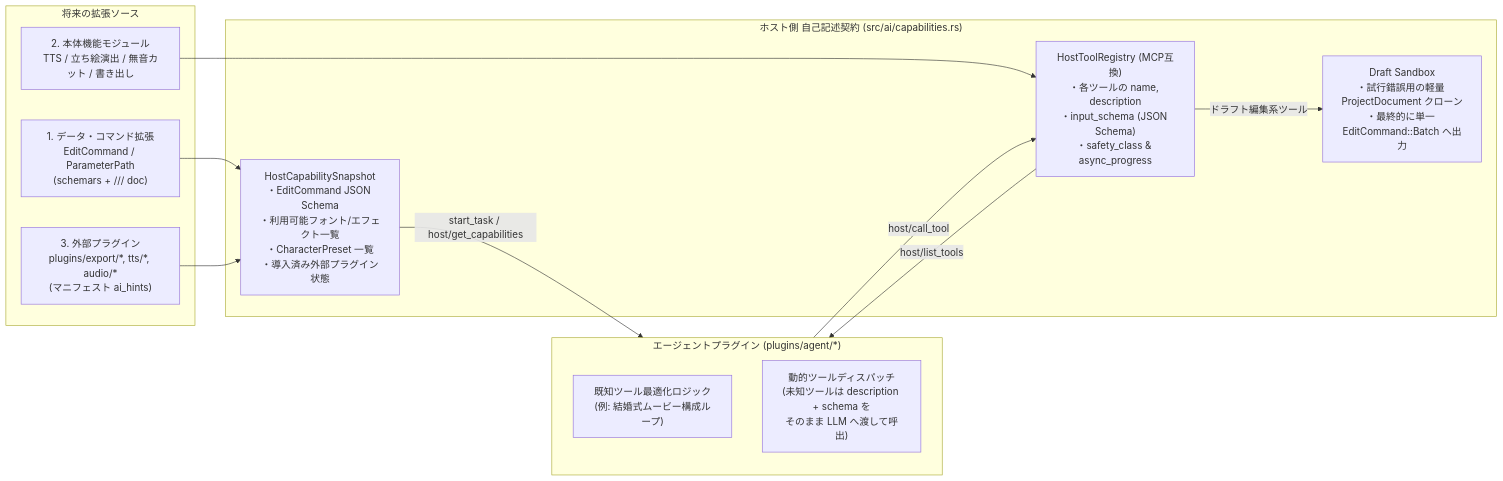
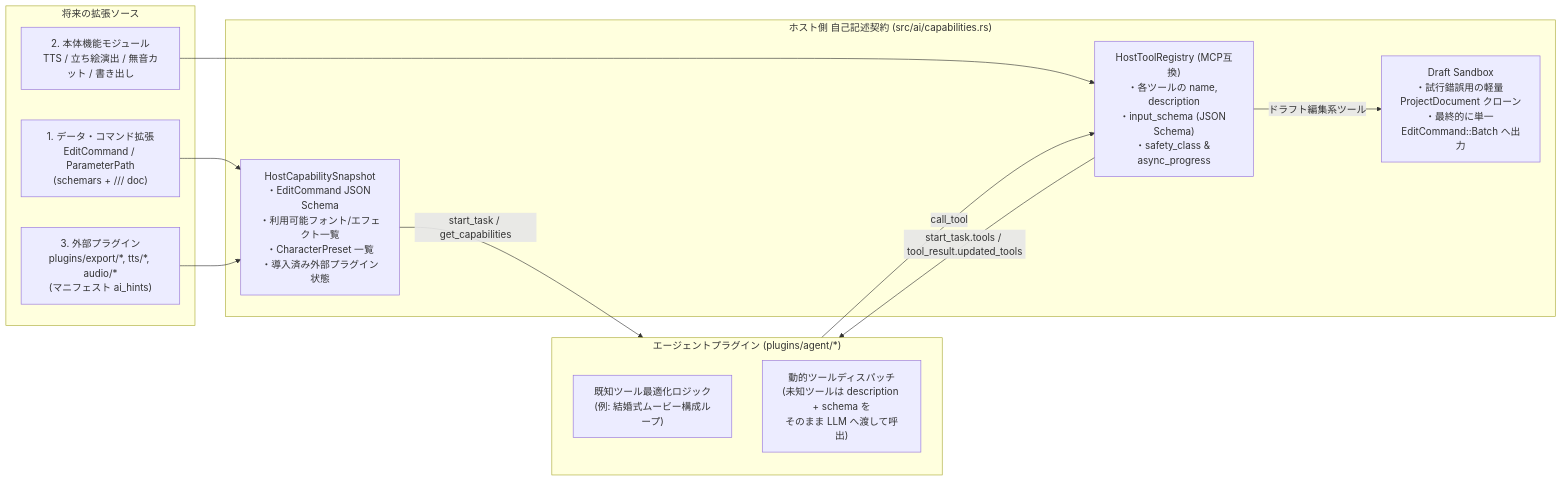
The second of 3 diagrams in dev-doc/completed/012-agentic-plugin-architecture.md (Seaoftrees08/sea-movie-creator), drawn with Mermaid before and after one commit. The commit also changed other lines of this file and 24 other files, not shown here.

````diff
--- a/dev-doc/completed/012-agentic-plugin-architecture.md
+++ b/dev-doc/completed/012-agentic-plugin-architecture.md
@@ -108,27 +108,27 @@
 ```mermaid
 flowchart LR
     subgraph EXT["将来の拡張ソース"]
         CMD["1. データ・コマンド拡張<br/>EditCommand / ParameterPath<br/>(schemars + /// doc)"]
         MOD["2. 本体機能モジュール<br/>TTS / 立ち絵演出 / 無音カット / 書き出し"]
         PLG["3. 外部プラグイン<br/>plugins/export/*, tts/*, audio/*<br/>(マニフェスト ai_hints)"]
     end
 
     subgraph CONTRACT["ホスト側 自己記述契約 (src/ai/capabilities.rs)"]
         CAT["HostCapabilitySnapshot<br/>・EditCommand JSON Schema<br/>・利用可能フォント/エフェクト一覧<br/>・CharacterPreset 一覧<br/>・導入済み外部プラグイン状態"]
         REG["HostToolRegistry (MCP互換)<br/>・各ツールの name, description<br/>・input_schema (JSON Schema)<br/>・safety_class & async_progress"]
         SANDBOX["Draft Sandbox<br/>・試行錯誤用の軽量 ProjectDocument クローン<br/>・最終的に単一 EditCommand::Batch へ出力"]
     end
 
     subgraph AGENT["エージェントプラグイン (plugins/agent/*)"]
         FAST["既知ツール最適化ロジック<br/>(例: 結婚式ムービー構成ループ)"]
         GEN["動的ツールディスパッチ<br/>(未知ツールは description + schema を<br/>そのまま LLM へ渡して呼出)"]
     end
 
     CMD --> CAT
     MOD --> REG
     PLG --> CAT
-    CAT -->|"start_task / host/get_capabilities"| AGENT
-    REG -->|"host/list_tools"| AGENT
-    AGENT -->|"host/call_tool"| REG
+    CAT -->|"start_task / get_capabilities"| AGENT
+    REG -->|"start_task.tools / tool_result.updated_tools"| AGENT
+    AGENT -->|"call_tool"| REG
     REG -->|"ドラフト編集系ツール"| SANDBOX
 ```
````
